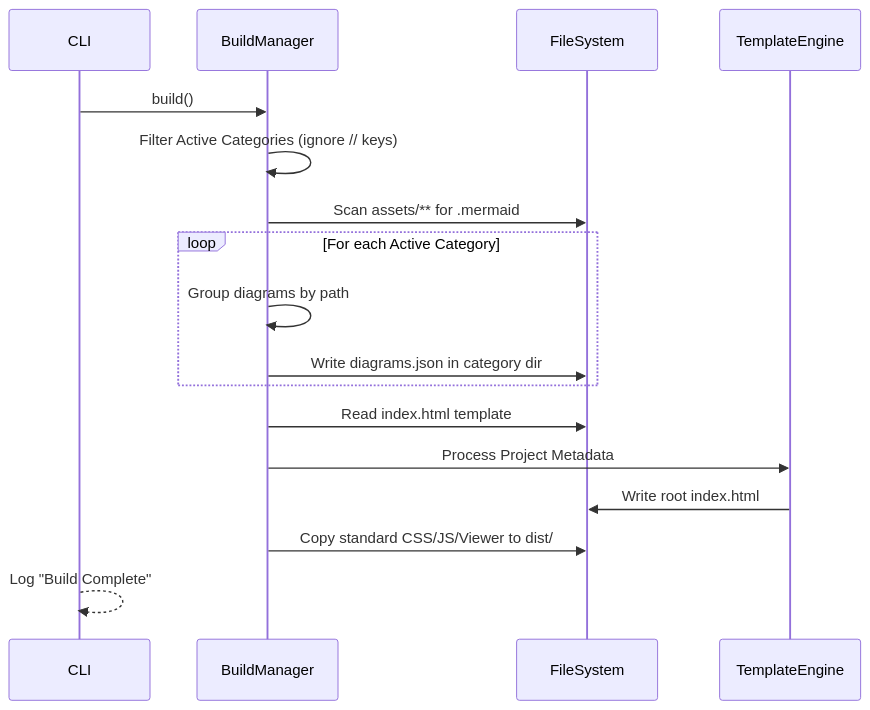
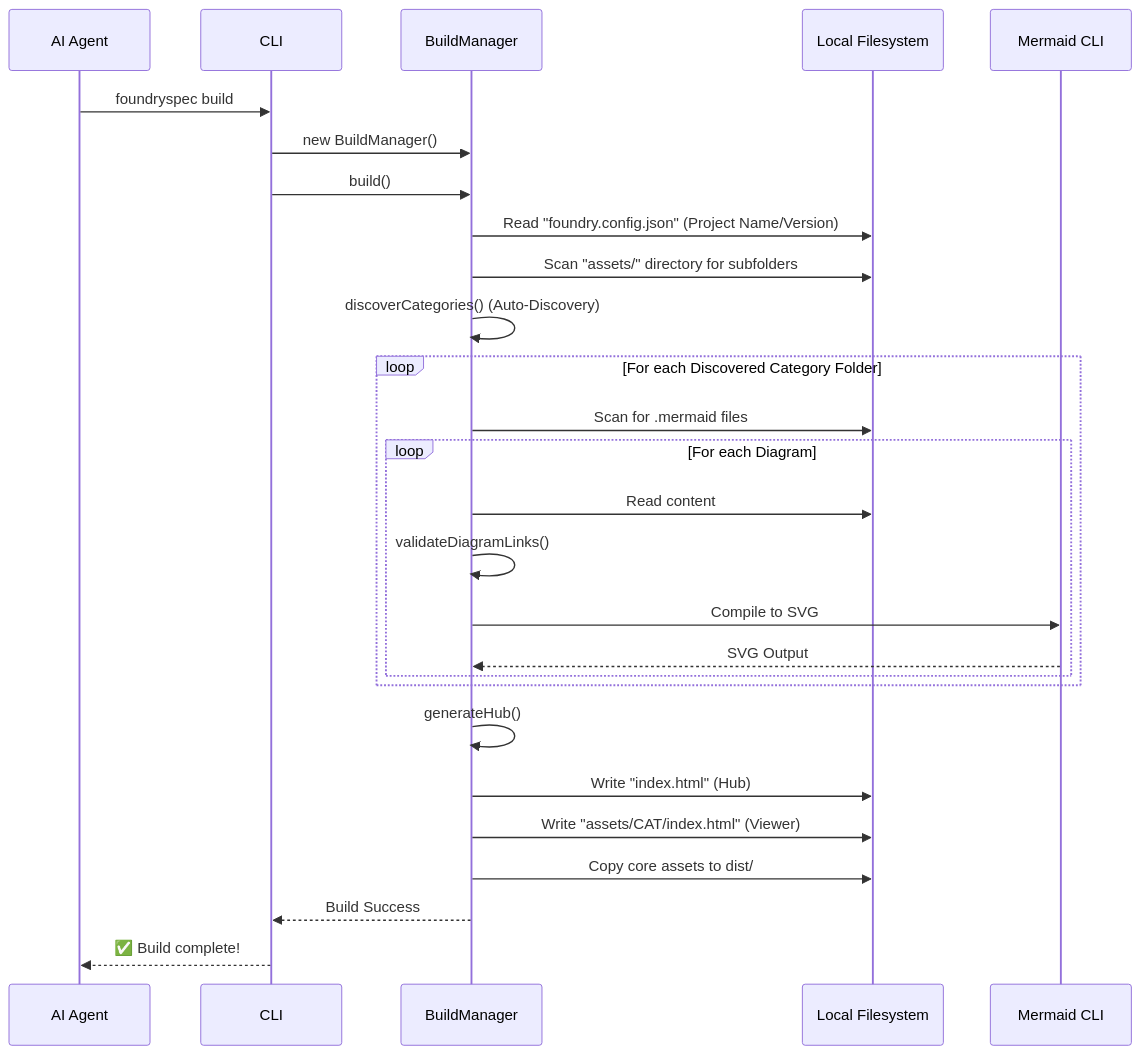
Before and after one commit to futurefoundai/foundryspec: the diagram in foundryspec/assets/sequences/build.mermaid, drawn with Mermaid. The commit also changed 32 other files, not shown here.

Commit message:
feat: implement Discovery phase, auto-discovery, hot-reload, and system-wide architectural mapping (v1.0.2)

```diff
--- a/foundryspec/assets/sequences/build.mermaid
+++ b/foundryspec/assets/sequences/build.mermaid
@@ -1,18 +1,32 @@
 sequenceDiagram
-    participant C as CLI
-    participant B as BuildManager
-    participant FS as FileSystem
-    participant T as TemplateEngine
+    participant Agent as AI Agent
+    participant CLI
+    participant BuildManager
+    participant FS as Local Filesystem
+    participant MCLI as Mermaid CLI
 
-    C->>B: build()
-    B->>B: Filter Active Categories (ignore // keys)
-    B->>FS: Scan assets/** for .mermaid
-    loop For each Active Category
-        B->>B: Group diagrams by path
-        B->>FS: Write diagrams.json in category dir
+    Agent->>CLI: foundryspec build
+    CLI->>BuildManager: new BuildManager()
+    CLI->>BuildManager: build()
+    
+    BuildManager->>FS: Read "foundry.config.json" (Project Name/Version)
+    BuildManager->>FS: Scan "assets/" directory for subfolders
+    BuildManager->>BuildManager: discoverCategories() (Auto-Discovery)
+    
+    loop For each Discovered Category Folder
+        BuildManager->>FS: Scan for .mermaid files
+        loop For each Diagram
+            BuildManager->>FS: Read content
+            BuildManager->>BuildManager: validateDiagramLinks()
+            BuildManager->>MCLI: Compile to SVG
+            MCLI-->>BuildManager: SVG Output
+        end
     end
-    B->>FS: Read index.html template
-    B->>T: Process Project Metadata
-    T->>FS: Write root index.html
-    B->>FS: Copy standard CSS/JS/Viewer to dist/
-    C-->>C: Log "Build Complete"
+    
+    BuildManager->>BuildManager: generateHub()
+    BuildManager->>FS: Write "index.html" (Hub)
+    BuildManager->>FS: Write "assets/CAT/index.html" (Viewer)
+    BuildManager->>FS: Copy core assets to dist/
+    
+    BuildManager-->>CLI: Build Success
+    CLI-->>Agent: ✅ Build complete!
```
